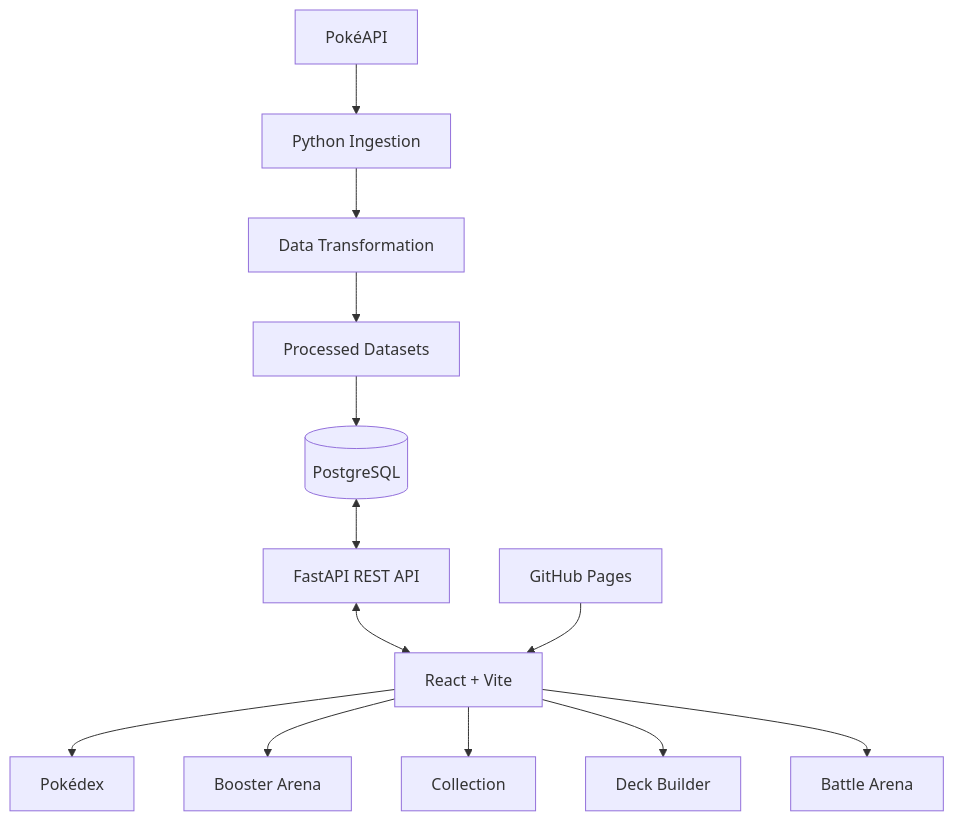
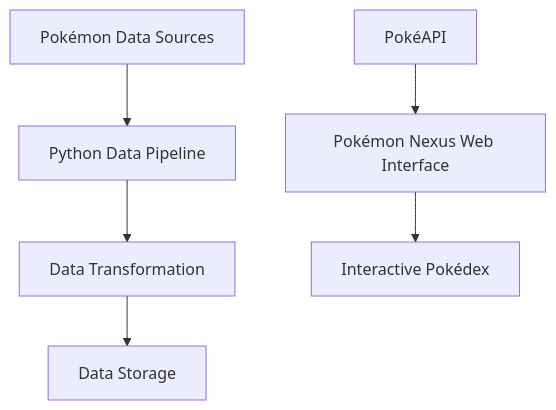
One commit to iamgusta/Pokemon-nexus changed the diagram in README.md. Above: the diagram before and after it, drawn with Mermaid. The commit also changed other lines of this file and 1 other file, not shown here.

Commit message:
feat: add interactive Pokemon Nexus landing page

````diff
--- a/README.md
+++ b/README.md
@@ -105,18 +46,16 @@
 ```mermaid
 flowchart TD
-    A["PokéAPI"] --> B["Python Ingestion"]
-    B --> C["Data Transformation"]
-    C --> D["Processed Datasets"]
-    D --> E[("PostgreSQL")]
+    A[Pokémon Data Sources]
+    B[Python Data Pipeline]
+    C[Data Transformation]
+    D[Data Storage]
+    E[Pokémon Nexus Web Interface]
+    F[PokéAPI]
+    G[Interactive Pokédex]
 
-    E <--> F["FastAPI REST API"]
-    F <--> G["React + Vite"]
-
-    G --> H["Pokédex"]
-    G --> I["Booster Arena"]
-    G --> J["Collection"]
-    G --> K["Deck Builder"]
-    G --> L["Battle Arena"]
-
-    M["GitHub Pages"] --> G
+    A --> B
+    B --> C
+    C --> D
+    F --> E
+    E --> G
 ```
````
